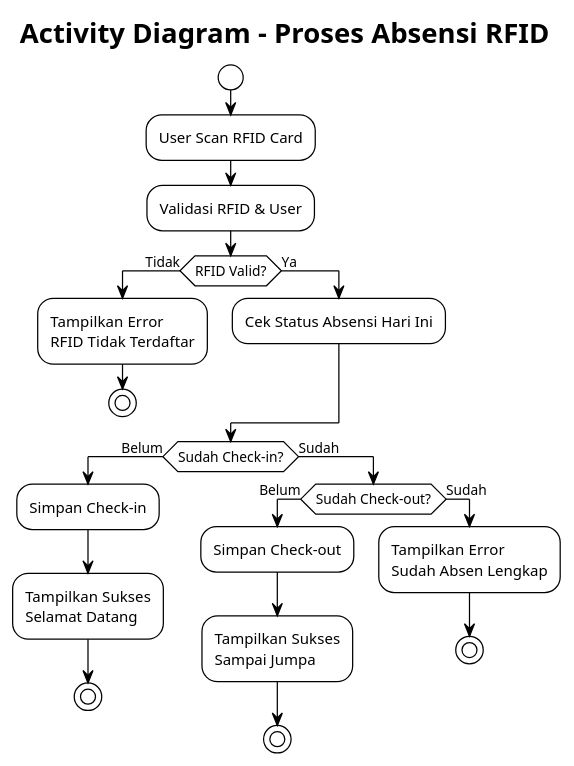
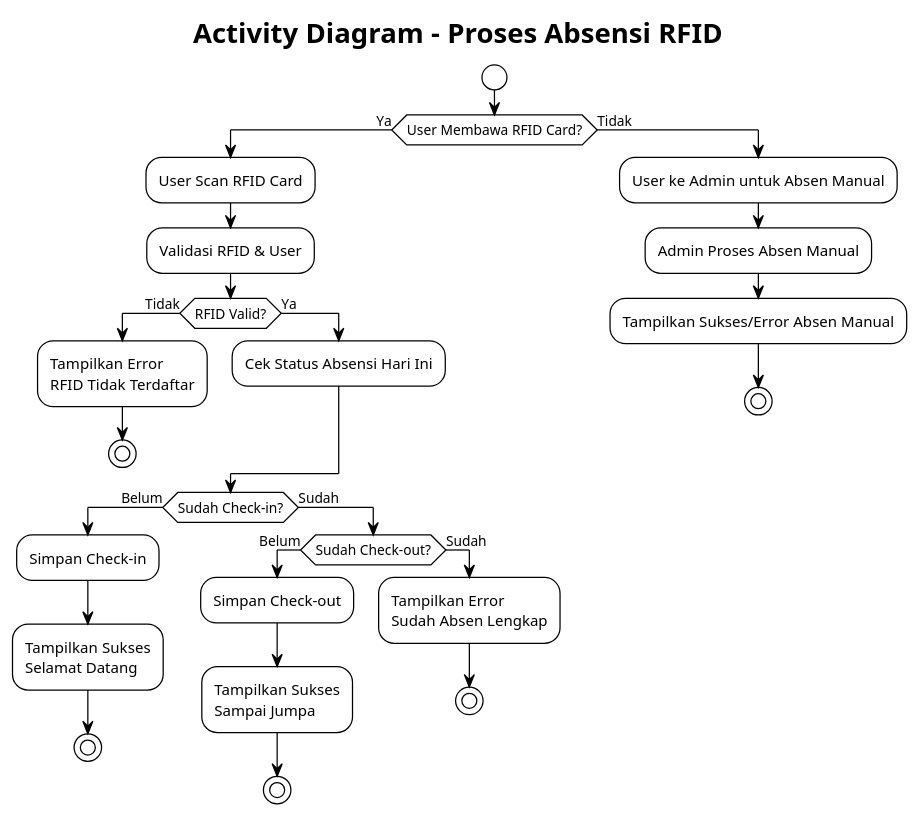
The diagram in docs/diagrams/activity/proses_absensi_rfid.puml (zalzdarkent/absensi_aslab_react), drawn with PlantUML before and after one commit. The commit also changed 1 other file, not shown here.

Commit message:
feat: Update activity diagrams for asset borrowing and RFID attendance processes with improved flow and error handling

```diff
--- a/docs/diagrams/activity/proses_absensi_rfid.puml
+++ b/docs/diagrams/activity/proses_absensi_rfid.puml
@@ -1,33 +1,38 @@
 @startuml Proses Absensi RFID
 !theme plain
 
 title Activity Diagram - Proses Absensi RFID
 
 start
-:User Scan RFID Card;
 
-:Validasi RFID & User;
-
-if (RFID Valid?) then (Tidak)
-  :Tampilkan Error\nRFID Tidak Terdaftar;
-  stop
-else (Ya)
-  :Cek Status Absensi Hari Ini;
-endif
-
-if (Sudah Check-in?) then (Belum)
-  :Simpan Check-in;
-  :Tampilkan Sukses\nSelamat Datang;
-  stop
-else (Sudah)
-  if (Sudah Check-out?) then (Belum)
-    :Simpan Check-out;
-    :Tampilkan Sukses\nSampai Jumpa;
+if (User Membawa RFID Card?) then (Ya)
+  :User Scan RFID Card;
+  :Validasi RFID & User;
+  if (RFID Valid?) then (Tidak)
+    :Tampilkan Error\nRFID Tidak Terdaftar;
+    stop
+  else (Ya)
+    :Cek Status Absensi Hari Ini;
+  endif
+  if (Sudah Check-in?) then (Belum)
+    :Simpan Check-in;
+    :Tampilkan Sukses\nSelamat Datang;
     stop
   else (Sudah)
-    :Tampilkan Error\nSudah Absen Lengkap;
-    stop
+    if (Sudah Check-out?) then (Belum)
+      :Simpan Check-out;
+      :Tampilkan Sukses\nSampai Jumpa;
+      stop
+    else (Sudah)
+      :Tampilkan Error\nSudah Absen Lengkap;
+      stop
+    endif
   endif
+else (Tidak)
+  :User ke Admin untuk Absen Manual;
+  :Admin Proses Absen Manual;
+  :Tampilkan Sukses/Error Absen Manual;
+  stop
 endif
 
 @enduml
```
